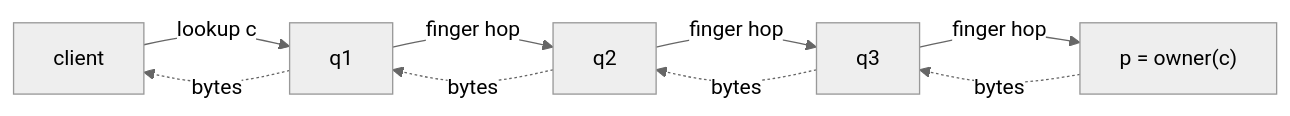
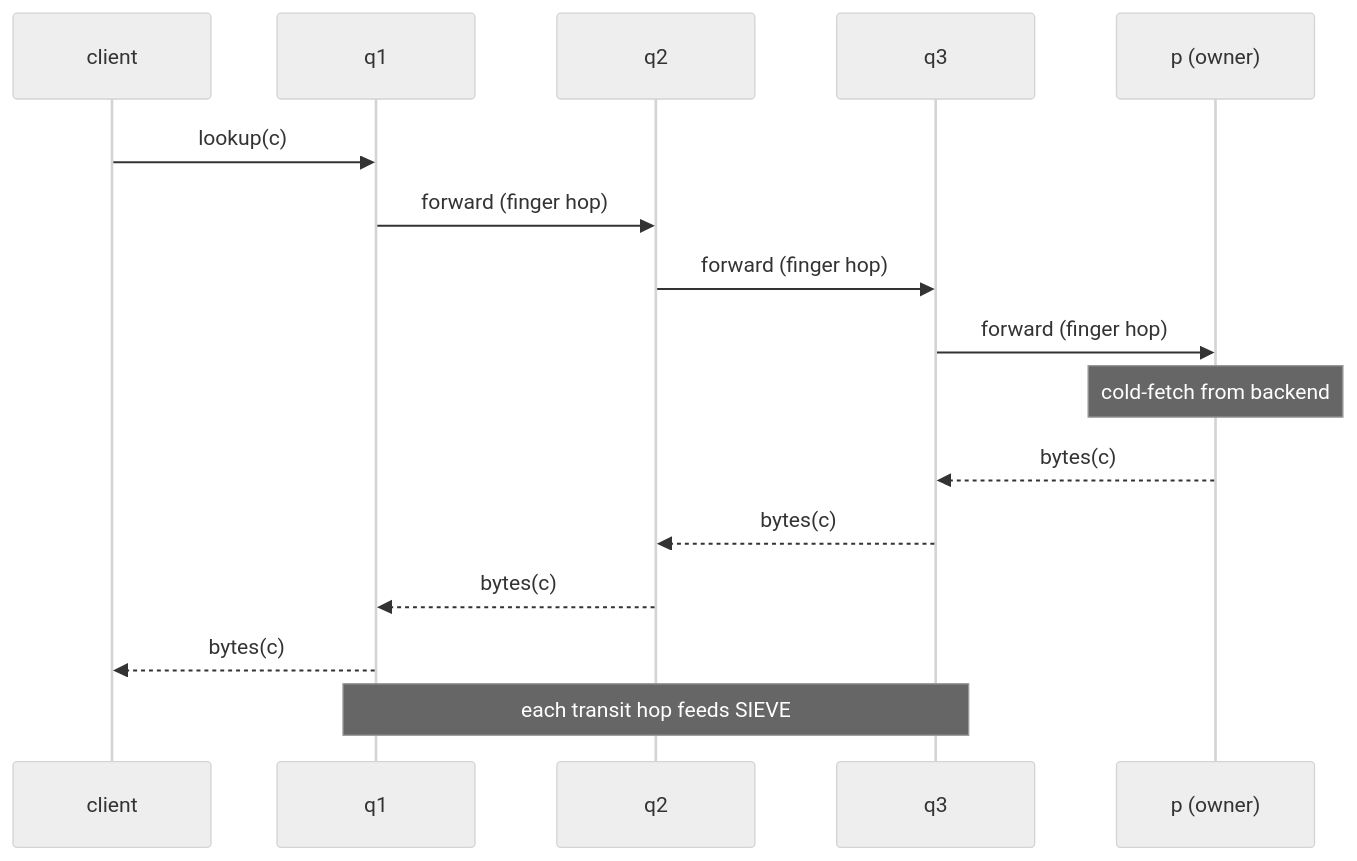
Before and after one commit to Azure/unbounded: the first of 3 diagrams in designs/storage-topology.md, drawn with Mermaid (neutral theme). The commit also changed other lines of this file, not shown here.

Commit message:
Better charts

````diff
--- a/designs/storage-topology.md
+++ b/designs/storage-topology.md
@@ -70,11 +70,18 @@
 ```mermaid
-flowchart LR
-    C[client] -->|lookup c| Q1[q1]
-    Q1 -->|finger hop| Q2[q2]
-    Q2 -->|finger hop| Q3[q3]
-    Q3 -->|finger hop| P["p = owner(c)"]
-    P -. bytes .-> Q3
-    Q3 -. bytes .-> Q2
-    Q2 -. bytes .-> Q1
-    Q1 -. bytes .-> C
+sequenceDiagram
+    participant C as client
+    participant Q1 as q1
+    participant Q2 as q2
+    participant Q3 as q3
+    participant P as p (owner)
+    C->>Q1: lookup(c)
+    Q1->>Q2: forward (finger hop)
+    Q2->>Q3: forward (finger hop)
+    Q3->>P: forward (finger hop)
+    Note over P: cold-fetch from backend
+    P-->>Q3: bytes(c)
+    Q3-->>Q2: bytes(c)
+    Q2-->>Q1: bytes(c)
+    Q1-->>C: bytes(c)
+    Note over Q1,Q3: each transit hop feeds SIEVE
 ```
````
